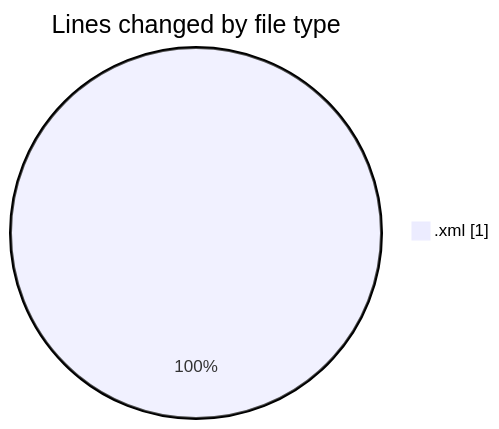
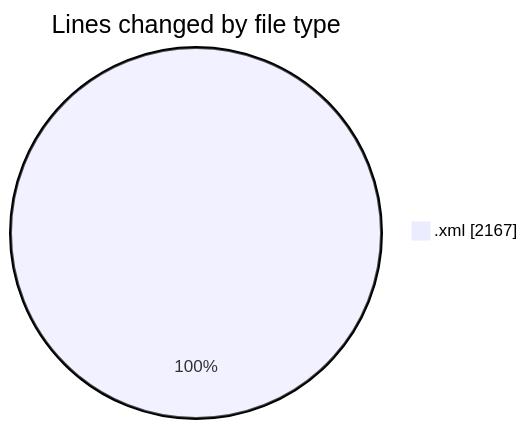
One commit to shibass792/code-tracking changed the first of 2 diagrams in 2026-07-17/cubase_15_64/README.md. Above: the diagram before and after it, drawn with Mermaid. The commit also changed other lines of this file and 1 other file, not shown here.

````diff
--- a/2026-07-17/cubase_15_64/README.md
+++ b/2026-07-17/cubase_15_64/README.md
@@ -20,5 +20,5 @@
 ```mermaid
 pie showData
 title Lines changed by file type
-".xml" : 1
+".xml" : 2167
 ```
````
